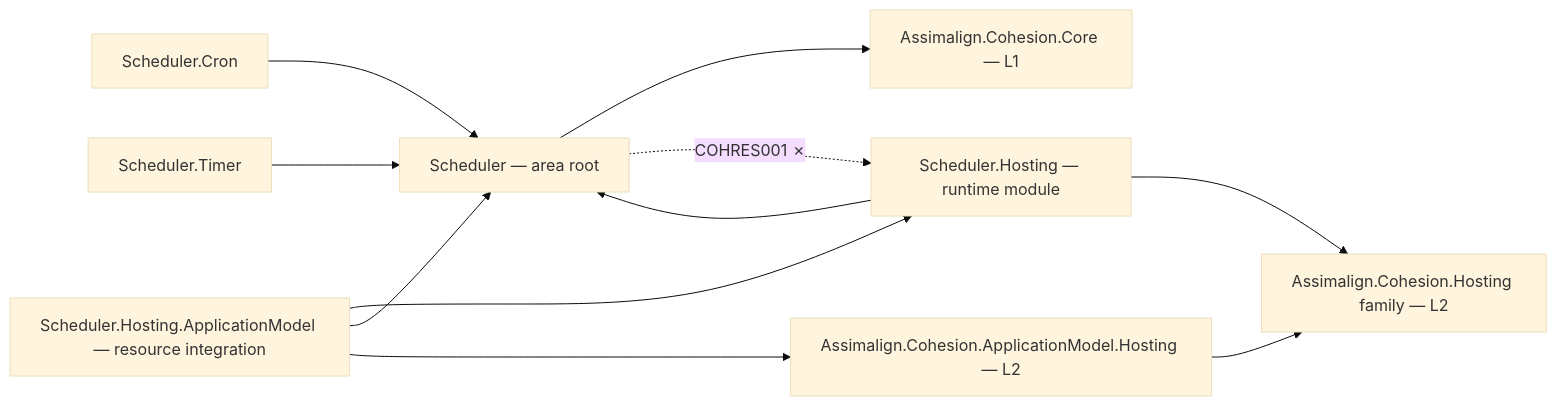
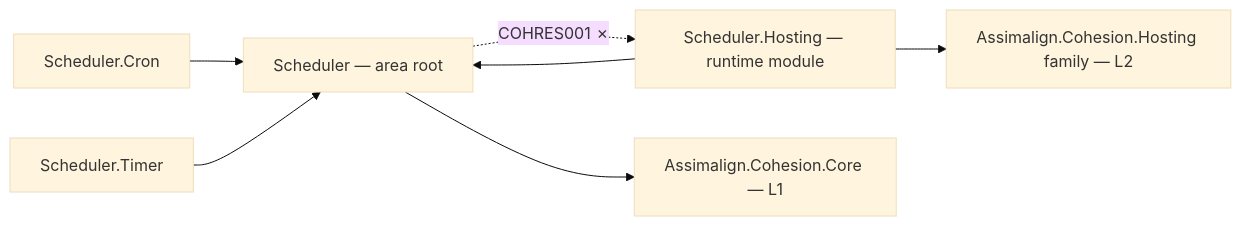
One commit to assimalign/cohesion changed the diagram in resources/Scheduler/README.md. Above: the diagram before and after it, drawn with Mermaid (base theme). The commit also changed other lines of this file and 141 other files, not shown here.

First line of the commit message:
docs(application-model): remove the old model from rules and docs

````diff
--- a/resources/Scheduler/README.md
+++ b/resources/Scheduler/README.md
@@ -12,21 +12,15 @@
 ```mermaid
 flowchart LR
     P0["Scheduler — area root"]
     P2["Scheduler.Cron"]
     P3["Scheduler.Hosting — runtime module"]
-    PAM["Scheduler.Hosting.ApplicationModel — resource integration"]
-    AMH["Assimalign.Cohesion.ApplicationModel.Hosting — L2"]
     P4["Scheduler.Timer"]
     CORE["Assimalign.Cohesion.Core — L1"]
     HOSTFAM["Assimalign.Cohesion.Hosting family — L2"]
     P0 --> CORE
     P2 --> P0
     P3 --> HOSTFAM
     P3 --> P0
     P4 --> P0
-    PAM --> P3
-    PAM --> P0
-    PAM --> AMH
-    AMH --> HOSTFAM
     P0 -.->|"COHRES001 ✗"| P3
 ```
````
